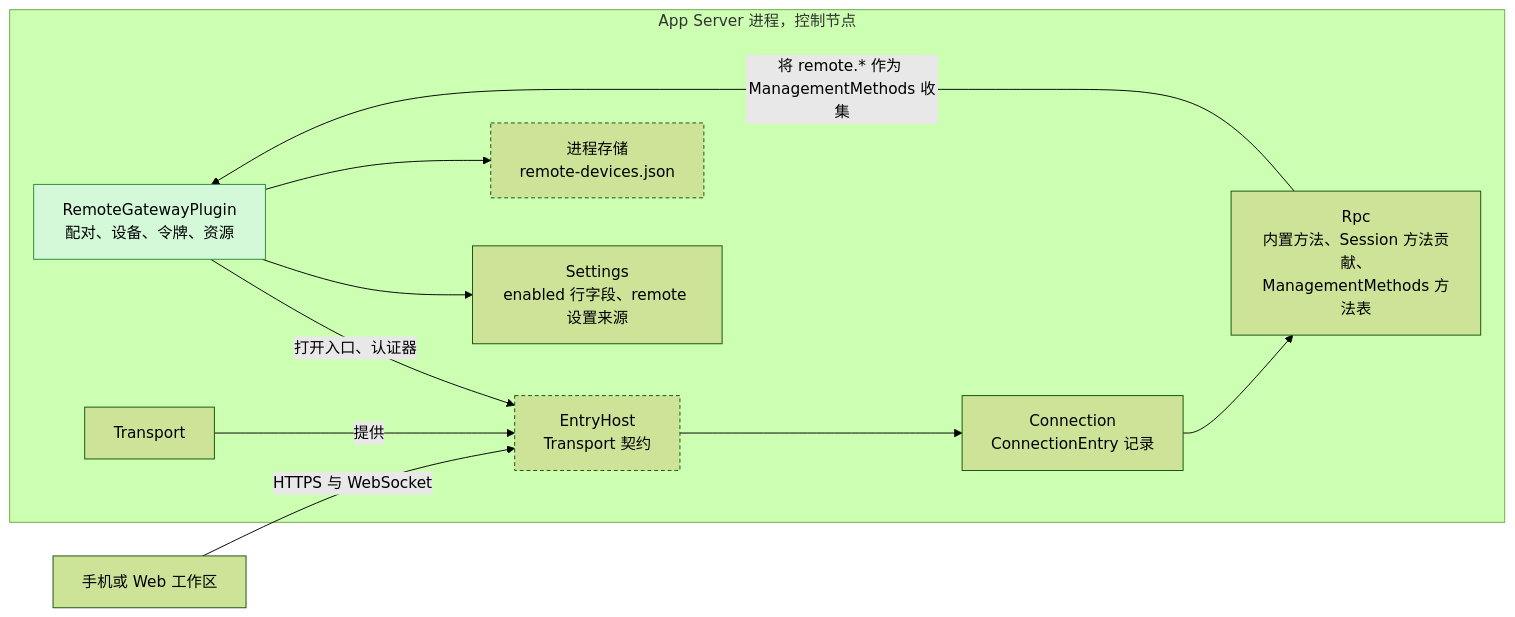
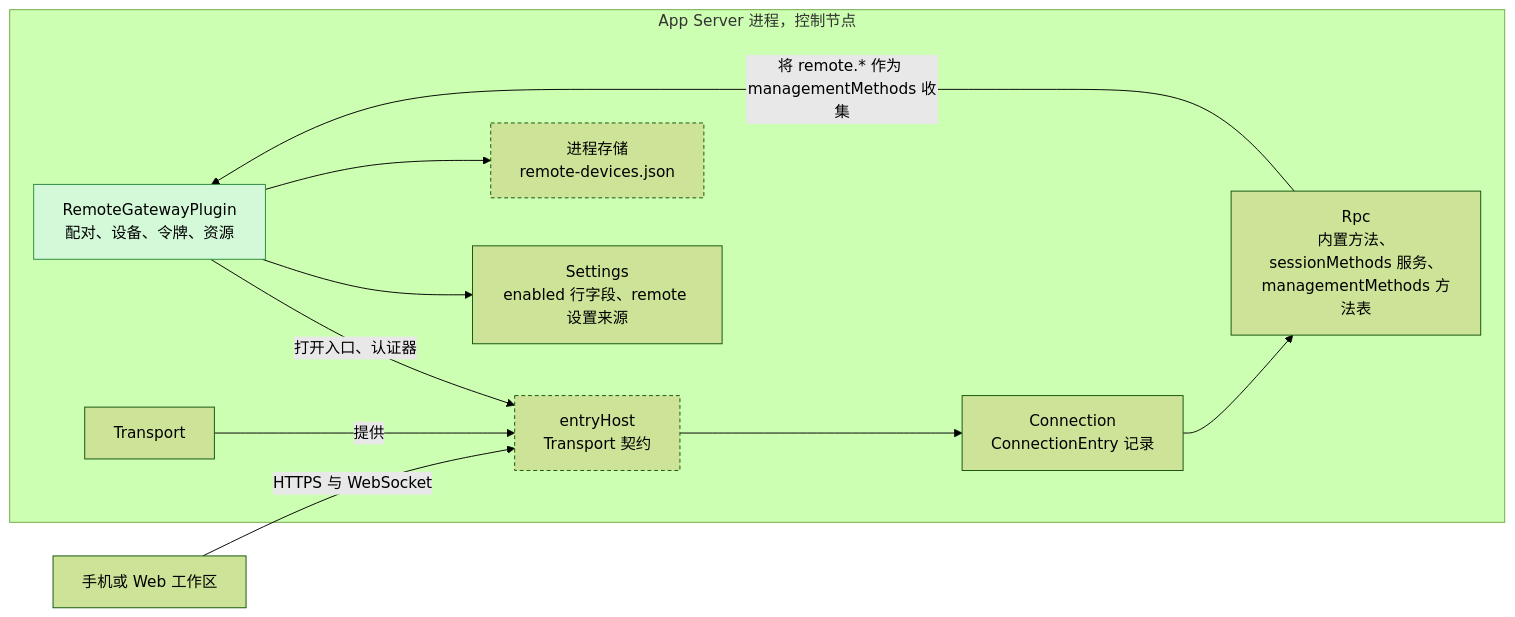
Before and after one commit to CoutinhoTTS/dim-agent: the first of 6 diagrams in docs/zh/design/plugins/RemoteGateway.md, drawn with Mermaid (forest theme). The commit also changed other lines of this file and 18 other files, not shown here.

````diff
--- a/docs/zh/design/plugins/RemoteGateway.md
+++ b/docs/zh/design/plugins/RemoteGateway.md
@@ -9,23 +9,23 @@
 ```mermaid
 flowchart LR
   subgraph P["App Server 进程，控制节点"]
     RG["RemoteGatewayPlugin<br/>配对、设备、令牌、资源"]:::new
-    EH["EntryHost<br/>Transport 契约"]:::contract
+    EH["entryHost<br/>Transport 契约"]:::contract
     TR["Transport"]
     CONN["Connection<br/>ConnectionEntry 记录"]
-    RPC["Rpc<br/>内置方法、Session 方法贡献、<br/>ManagementMethods 方法表"]
+    RPC["Rpc<br/>内置方法、sessionMethods 服务、<br/>managementMethods 方法表"]
     SET["Settings<br/>enabled 行字段、remote 设置来源"]
     PST["进程存储<br/>remote-devices.json"]:::contract
   end
   DEV["手机或 Web 工作区"]
   DEV -->|"HTTPS 与 WebSocket"| EH
   RG -->|"打开入口、认证器"| EH
   TR -->|"提供"| EH
   EH --> CONN
   CONN --> RPC
-  RPC -->|"将 remote.* 作为 ManagementMethods 收集"| RG
+  RPC -->|"将 remote.* 作为 managementMethods 收集"| RG
   RG --> SET
   RG --> PST
   classDef new fill:#d3f9d8,stroke:#2b8a3e,color:#000
   classDef contract stroke-dasharray:4 3
 ```
````
